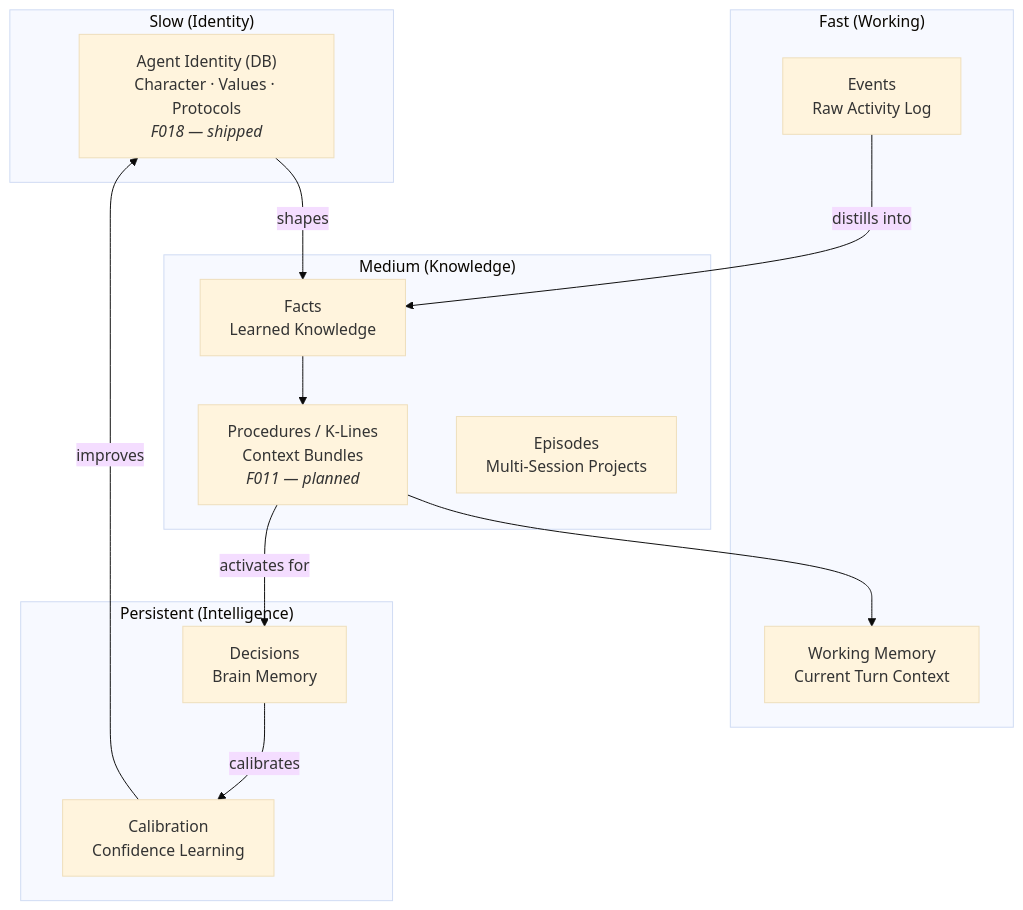
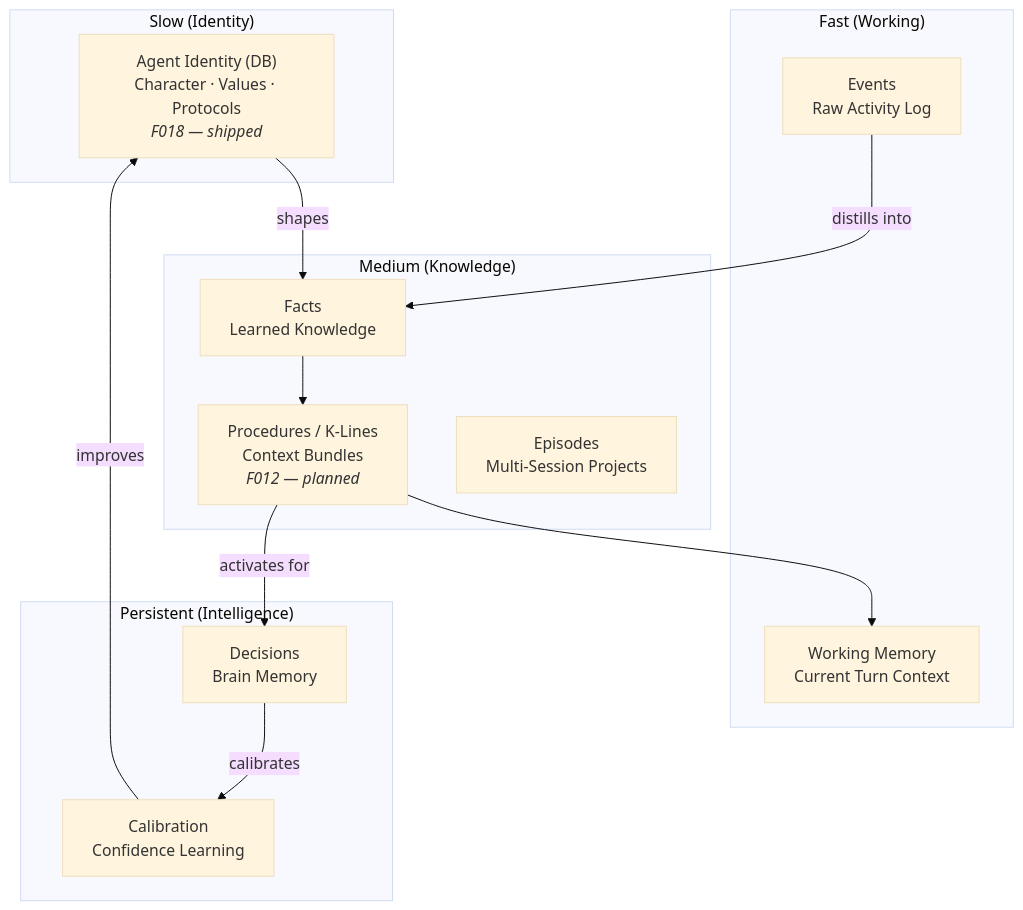
Before and after one commit to tfatykhov/nous: the second of 4 diagrams in README.md, drawn with Mermaid (base theme). The commit also changed other lines of this file and 1 other file, not shown here.

First line of the commit message:
docs: fix stale diagrams and stats in README.md and CLAUDE.md

````diff
--- a/README.md
+++ b/README.md
@@ -140,30 +139,30 @@
 ```mermaid
 graph TB
     subgraph "Slow (Identity)"
         ID["Agent Identity (DB)<br/>Character · Values · Protocols<br/><i>F018 — shipped</i>"]
     end
 
     subgraph "Medium (Knowledge)"
         FACTS[Facts<br/>Learned Knowledge]
-        KL["Procedures / K-Lines<br/>Context Bundles<br/><i>F011 — planned</i>"]
+        KL["Procedures / K-Lines<br/>Context Bundles<br/><i>F012 — planned</i>"]
         EP[Episodes<br/>Multi-Session Projects]
     end
 
     subgraph "Fast (Working)"
         WM[Working Memory<br/>Current Turn Context]
         EV[Events<br/>Raw Activity Log]
     end
 
     subgraph "Persistent (Intelligence)"
         DEC[Decisions<br/>Brain Memory]
         CAL[Calibration<br/>Confidence Learning]
     end
 
     ID -->|shapes| FACTS
     FACTS --> KL
     KL --> WM
     EV -->|distills into| FACTS
     DEC -->|calibrates| CAL
     KL -->|activates for| DEC
     CAL -->|improves| ID
 ```
````
